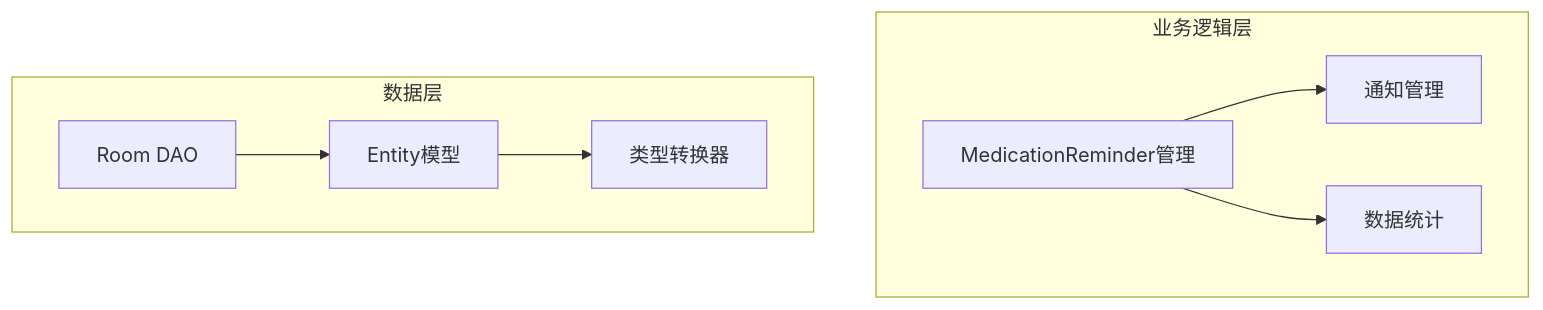
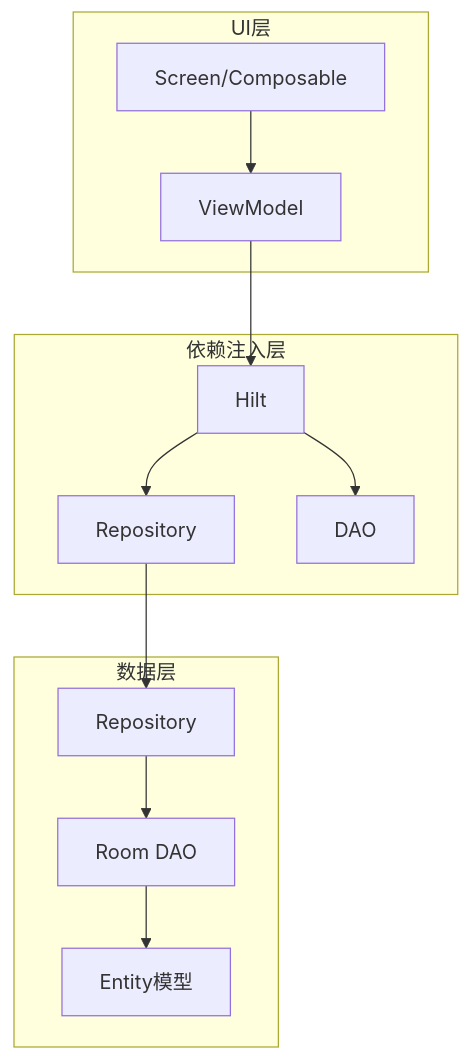
The first of 5 diagrams in DESIGN.md (adra2n/medtrace), drawn with Mermaid before and after one commit. The commit also changed other lines of this file and 11 other files, not shown here.

````diff
--- a/DESIGN.md
+++ b/DESIGN.md
@@ -36,21 +20,16 @@
 ```mermaid
-
 graph TD
-
-subgraph 业务逻辑层
-
-B1[MedicationReminder管理] --> B2[通知管理]
-
-B1 --> B3[数据统计]
-
-end
-
-subgraph 数据层
-
-C1[Room DAO] --> C2[Entity模型]
-
-C2 --> C3[类型转换器]
-
-end
-
+    subgraph UI层
+        A1[Screen/Composable] --> A2[ViewModel]
+    end
+    subgraph 依赖注入层
+        B1[Hilt] --> B2[Repository]
+        B1 --> B3[DAO]
+    end
+    subgraph 数据层
+        C1[Repository] --> C2[Room DAO]
+        C2 --> C3[Entity模型]
+    end
+    A2 --> B1
+    B2 --> C1
 ```
````
